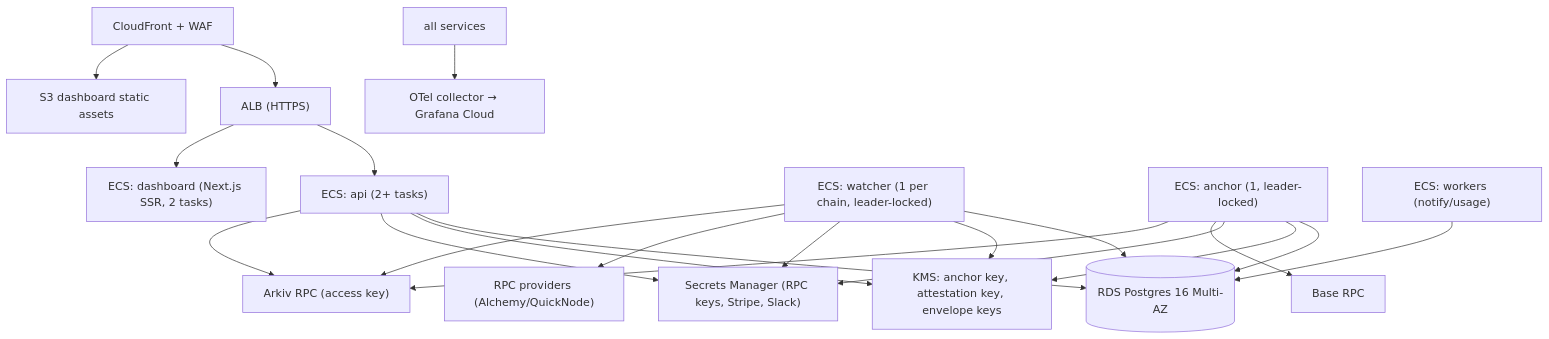
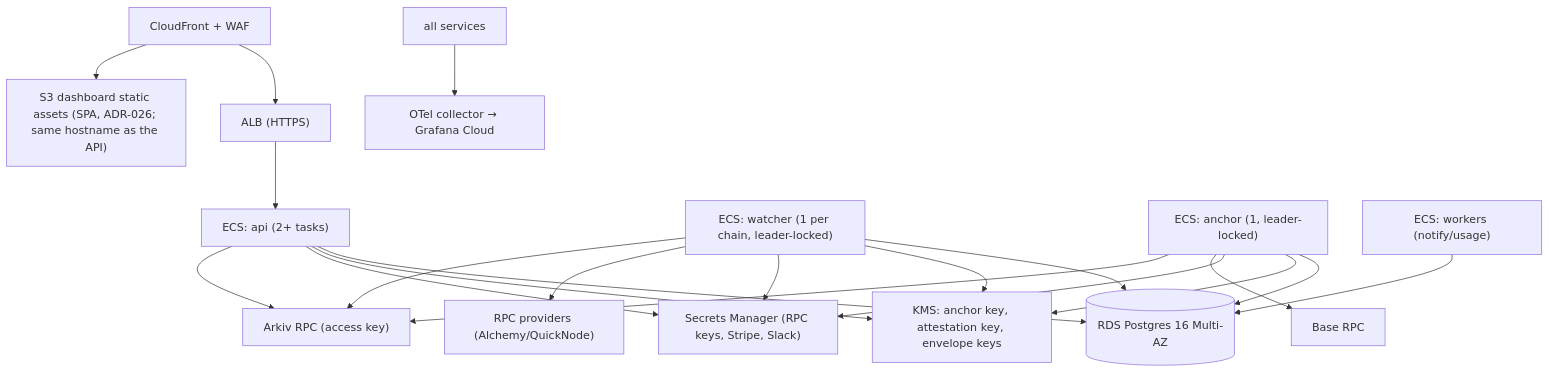
One commit to Gedion08/ArkiV-Agent- changed the diagram in docs/02-layers/L11-infra-devops-security.md. Above: the diagram before and after it, drawn with Mermaid. The commit also changed 28 other files, not shown here.

Commit message:
feat(dashboard): P4-08 Vite SPA scaffold, SIWE login, org switcher, agent list and overview (L9 §1, §4.1–4.2; ADR-026)

````diff
--- a/docs/02-layers/L11-infra-devops-security.md
+++ b/docs/02-layers/L11-infra-devops-security.md
@@ -36,19 +36,18 @@
 ```mermaid
 flowchart TB
   CF["CloudFront + WAF"] --> ALB["ALB (HTTPS)"]
-  CF --> S3D["S3 dashboard static assets"]
+  CF --> S3D["S3 dashboard static assets (SPA, ADR-026; same hostname as the API)"]
   ALB --> API["ECS: api (2+ tasks)"]
-  ALB --> DASH["ECS: dashboard (Next.js SSR, 2 tasks)"]
   API --> RDS[("RDS Postgres 16 Multi-AZ")]
   WAT["ECS: watcher (1 per chain, leader-locked)"] --> RDS
   ANC["ECS: anchor (1, leader-locked)"] --> RDS
   WRK["ECS: workers (notify/usage)"] --> RDS
   ANC --> KMS["KMS: anchor key, attestation key, envelope keys"]
   API --> KMS
   WAT --> KMS
   API & WAT & ANC --> SM["Secrets Manager (RPC keys, Stripe, Slack)"]
   WAT --> RPC["RPC providers (Alchemy/QuickNode)"]
   ANC --> BASE["Base RPC"]
   ANC & WAT & API --> ARK["Arkiv RPC (access key)"]
   ALL["all services"] --> OTEL["OTel collector → Grafana Cloud"]
 ```
````
